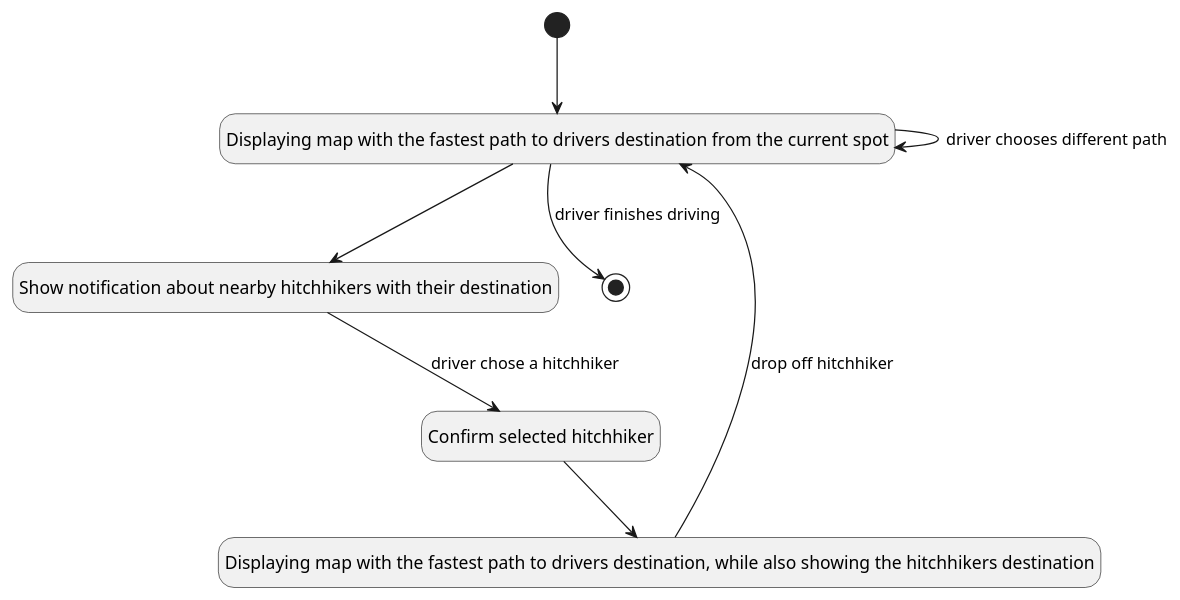
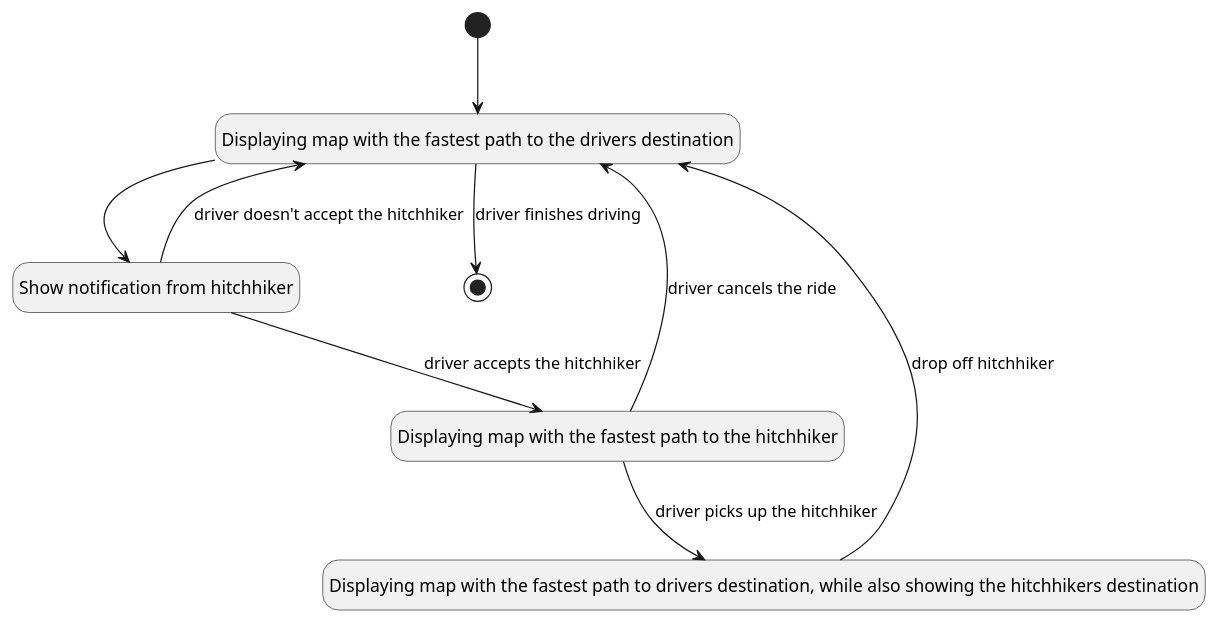
One commit to Kruchji/NSWI041 changed the diagram in documentation/uml/uml-state-diagram-uc-010.plantuml. Above: the diagram before and after it, drawn with PlantUML.

```diff
--- a/documentation/uml/uml-state-diagram-uc-010.plantuml
+++ b/documentation/uml/uml-state-diagram-uc-010.plantuml
@@ -1,15 +1,16 @@
 @startuml uml-state-machine-uc-010
 hide empty description
-state "Displaying map with the fastest path to drivers destination from the current spot" as Map
+state "Displaying map with the fastest path to the drivers destination" as MapDriver
+state "Displaying map with the fastest path to the hitchhiker" as MapHitchhiker
 state "Displaying map with the fastest path to drivers destination, while also showing the hitchhikers destination" as MapH
-state "Show notification about nearby hitchhikers with their destination" as Notification
-state "Confirm selected hitchhiker" as Confirm
+state "Show notification from hitchhiker" as Notification
 
-[*] --> Map
-Map --> Map : driver chooses different path
-Map --> Notification
-Notification --> Confirm : driver chose a hitchhiker
-Confirm --> MapH
-MapH --> Map : drop off hitchhiker
-Map --> [*] : driver finishes driving
+[*] --> MapDriver
+MapDriver--> Notification
+Notification --> MapHitchhiker: driver accepts the hitchhiker
+MapHitchhiker --> MapDriver : driver cancels the ride
+Notification --> MapDriver : driver doesn't accept the hitchhiker
+MapHitchhiker --> MapH : driver picks up the hitchhiker
+MapH --> MapDriver: drop off hitchhiker
+MapDriver--> [*] : driver finishes driving
 @enduml
```
